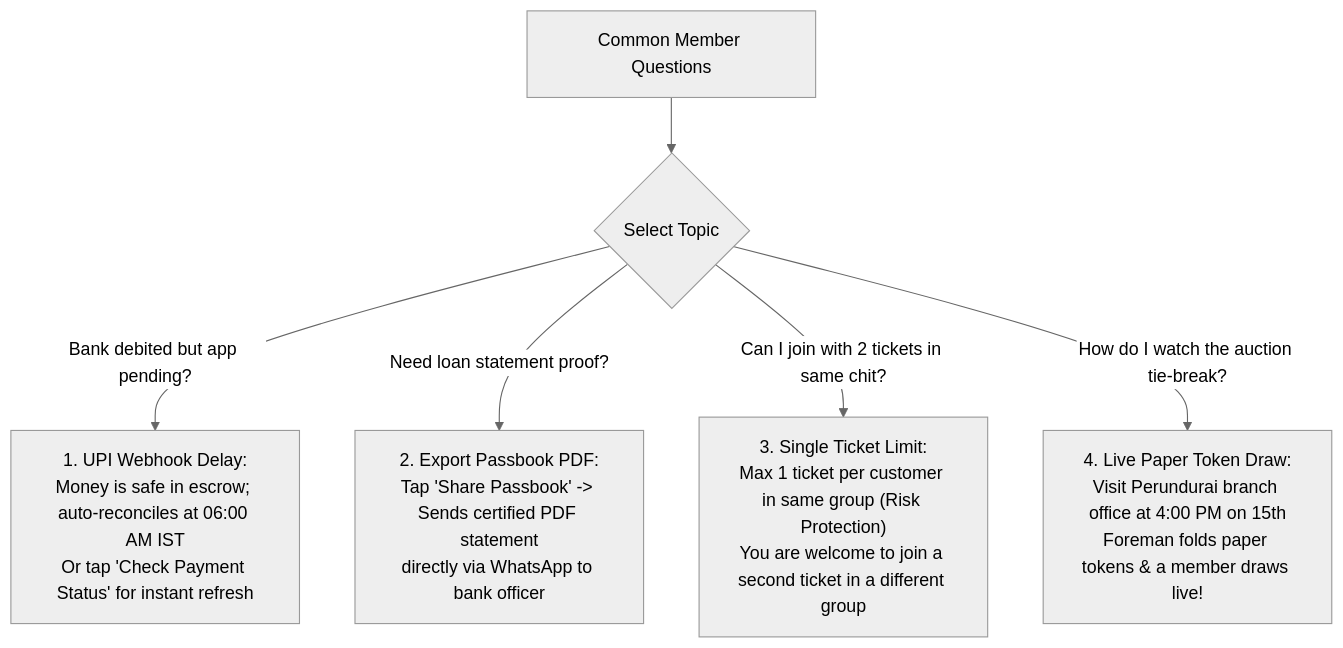
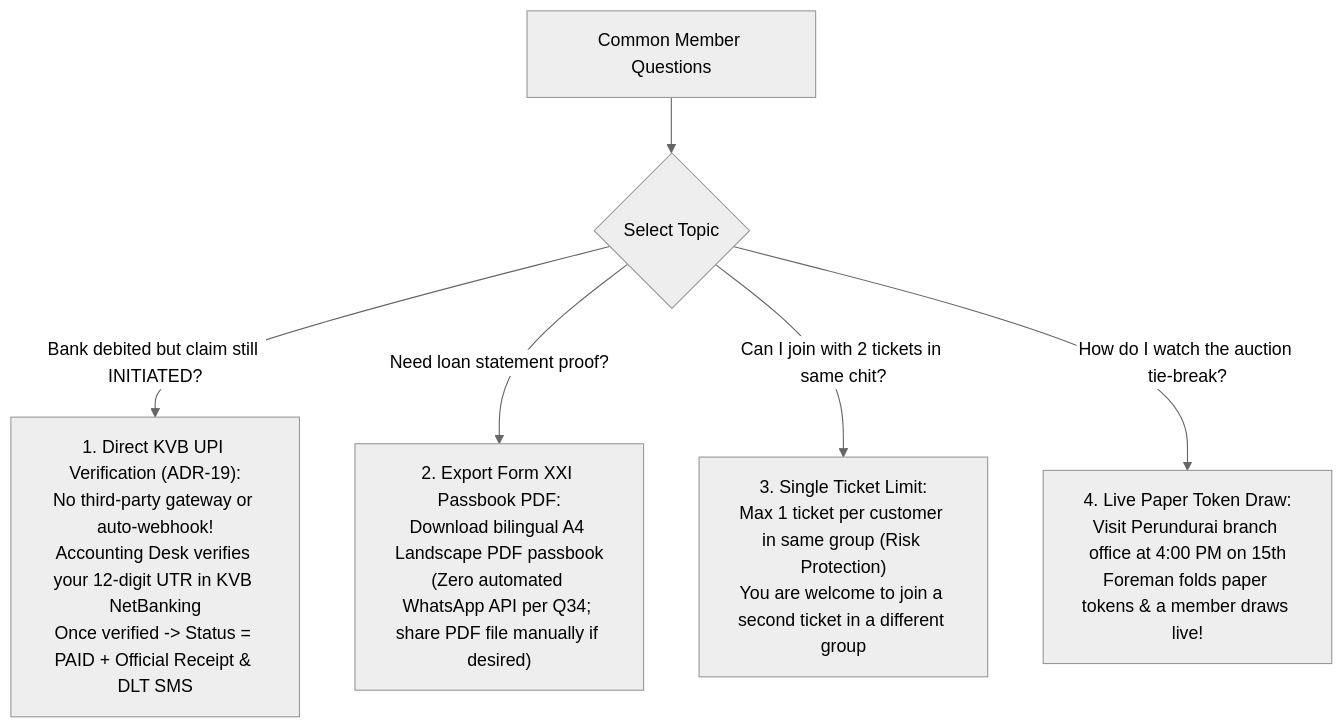
Before and after one commit to Kathir-24/Kumaran-finance: the tenth of 10 diagrams in docs/07-operations/user-manuals/customer-app-guide.md, drawn with Mermaid (neutral theme). The commit also changed other lines of this file and 4 other files, not shown here.

````diff
--- a/docs/07-operations/user-manuals/customer-app-guide.md
+++ b/docs/07-operations/user-manuals/customer-app-guide.md
@@ -221,8 +224,8 @@
 ```mermaid
 flowchart TD
     MemberQ["Common Member Questions"] --> AnsType{"Select Topic"}
-    AnsType -- "Bank debited but app pending?" --> Recon["1. UPI Webhook Delay:\nMoney is safe in escrow; auto-reconciles at 06:00 AM IST\nOr tap 'Check Payment Status' for instant refresh"]
-    AnsType -- "Need loan statement proof?" --> SharePDF["2. Export Passbook PDF:\nTap 'Share Passbook' -> Sends certified PDF statement\ndirectly via WhatsApp to bank officer"]
+    AnsType -- "Bank debited but claim still INITIATED?" --> Recon["1. Direct KVB UPI Verification (ADR-19):\nNo third-party gateway or auto-webhook!\nAccounting Desk verifies your 12-digit UTR in KVB NetBanking\nOnce verified -> Status = PAID + Official Receipt & DLT SMS"]
+    AnsType -- "Need loan statement proof?" --> SharePDF["2. Export Form XXI Passbook PDF:\nDownload bilingual A4 Landscape PDF passbook\n(Zero automated WhatsApp API per Q34; share PDF file manually if desired)"]
     AnsType -- "Can I join with 2 tickets in same chit?" --> LimitRule["3. Single Ticket Limit:\nMax 1 ticket per customer in same group (Risk Protection)\nYou are welcome to join a second ticket in a different group"]
     AnsType -- "How do I watch the auction tie-break?" --> AttendLot["4. Live Paper Token Draw:\nVisit Perundurai branch office at 4:00 PM on 15th\nForeman folds paper tokens & a member draws live!"]
 ```
````
